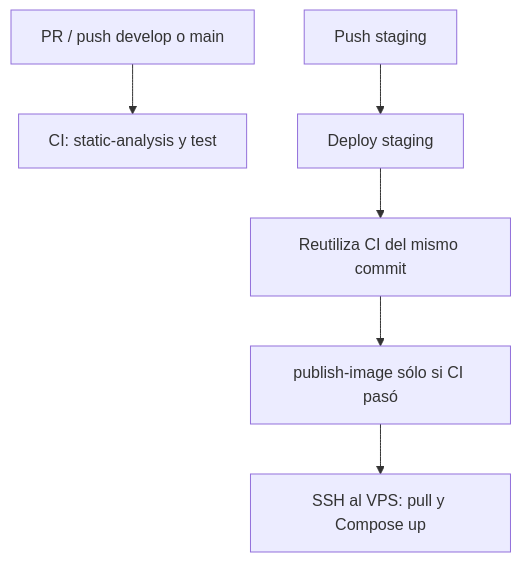
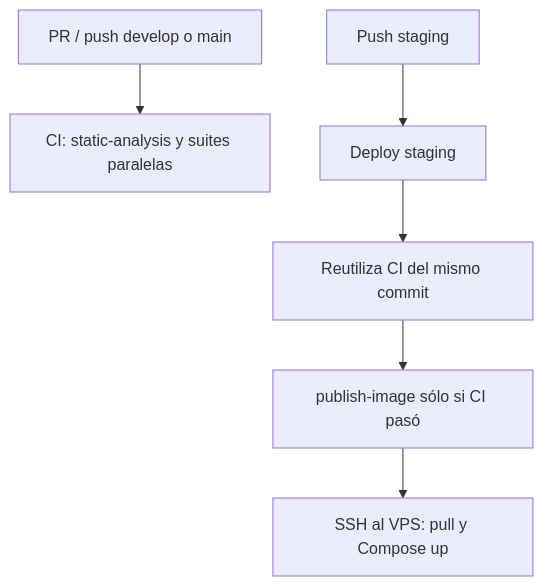
Before and after one commit to TypeItOrg/bemol-api: the diagram in docs/INTEGRACION-CONTINUA.md, drawn with Mermaid. The commit also changed other lines of this file and 1 other file, not shown here.

Commit message:
ci(tests): run fast and integration suites in parallel

````diff
--- a/docs/INTEGRACION-CONTINUA.md
+++ b/docs/INTEGRACION-CONTINUA.md
@@ -23,8 +23,8 @@
 ```mermaid
 flowchart TD
-    PR[PR / push develop o main] --> CI[CI: static-analysis y test]
+    PR[PR / push develop o main] --> CI[CI: static-analysis y suites paralelas]
     ST[Push staging] --> DS[Deploy staging]
     DS --> RC[Reutiliza CI del mismo commit]
     RC --> PI[publish-image sólo si CI pasó]
     PI --> DEP[SSH al VPS: pull y Compose up]
 ```
````
